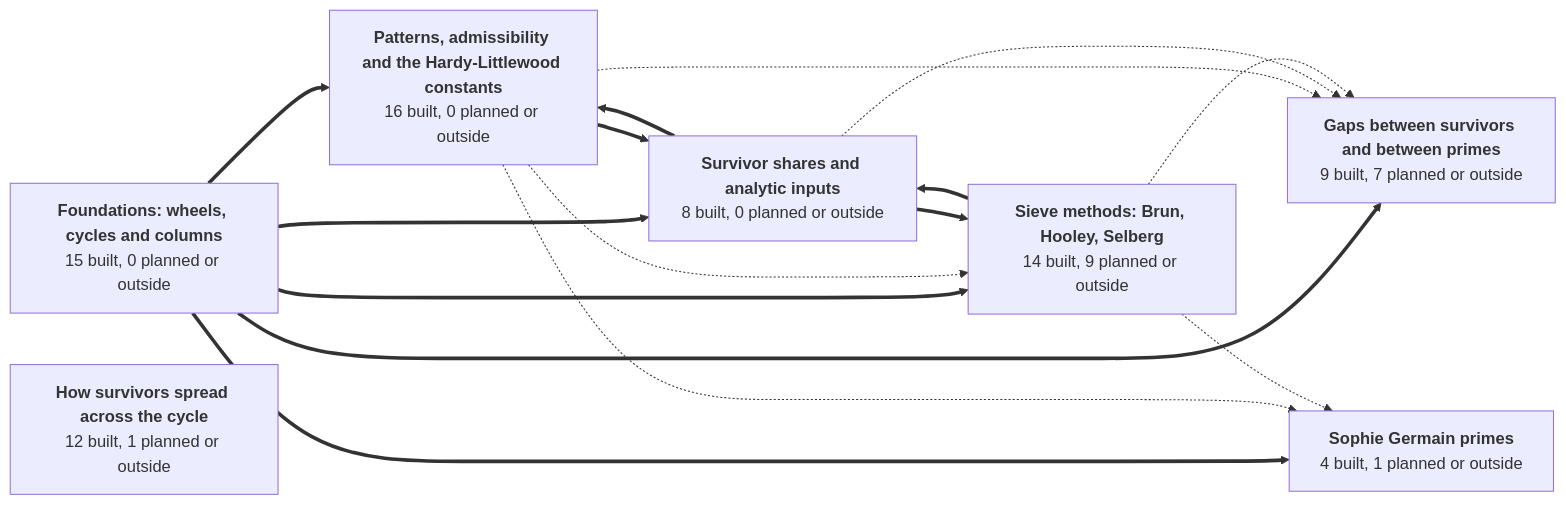
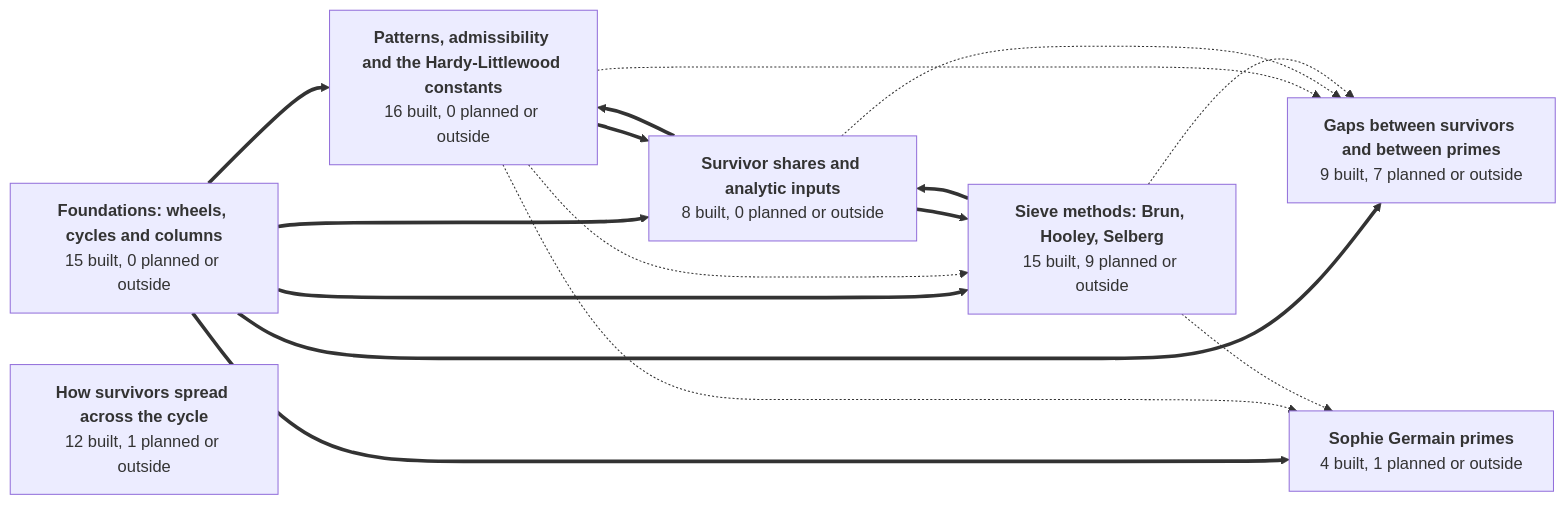
The first of 8 diagrams in GRAPH.md (golfbum71/RNS-Sieve-Network), drawn with Mermaid before and after one commit. The commit also changed other lines of this file and 16 other files, not shown here.

````diff
--- a/GRAPH.md
+++ b/GRAPH.md
@@ -45,32 +45,32 @@
 ```mermaid
 graph LR
   g1["<b>Foundations: wheels, cycles and columns</b><br/>15 built, 0 planned or outside"]
   g2["<b>Patterns, admissibility and the Hardy-Littlewood constants</b><br/>16 built, 0 planned or outside"]
   g3["<b>How survivors spread across the cycle</b><br/>12 built, 1 planned or outside"]
   g4["<b>Gaps between survivors and between primes</b><br/>9 built, 7 planned or outside"]
   g5["<b>Sophie Germain primes</b><br/>4 built, 1 planned or outside"]
   g6["<b>Survivor shares and analytic inputs</b><br/>8 built, 0 planned or outside"]
-  g7["<b>Sieve methods: Brun, Hooley, Selberg</b><br/>14 built, 9 planned or outside"]
+  g7["<b>Sieve methods: Brun, Hooley, Selberg</b><br/>15 built, 9 planned or outside"]
   g1 ==> g2
   g1 ==> g4
   g1 ==> g5
   g1 ==> g6
   g1 ==> g7
   g2 -.-> g4
   g2 -.-> g5
   g2 ==> g6
   g2 -.-> g7
   g6 ==> g2
   g6 -.-> g4
   g6 ==> g7
   g7 -.-> g4
   g7 -.-> g5
   g7 ==> g6
   click g1 href "https://github.com/golfbum71/RNS-Sieve-Network/blob/main/GRAPH.md#foundations-wheels-cycles-and-columns" _self
   click g2 href "https://github.com/golfbum71/RNS-Sieve-Network/blob/main/GRAPH.md#patterns-admissibility-and-the-hardy-littlewood-constants" _self
   click g3 href "https://github.com/golfbum71/RNS-Sieve-Network/blob/main/GRAPH.md#how-survivors-spread-across-the-cycle" _self
   click g4 href "https://github.com/golfbum71/RNS-Sieve-Network/blob/main/GRAPH.md#gaps-between-survivors-and-between-primes" _self
   click g5 href "https://github.com/golfbum71/RNS-Sieve-Network/blob/main/GRAPH.md#sophie-germain-primes" _self
   click g6 href "https://github.com/golfbum71/RNS-Sieve-Network/blob/main/GRAPH.md#survivor-shares-and-analytic-inputs" _self
   click g7 href "https://github.com/golfbum71/RNS-Sieve-Network/blob/main/GRAPH.md#sieve-methods-brun-hooley-selberg" _self
 ```
````
